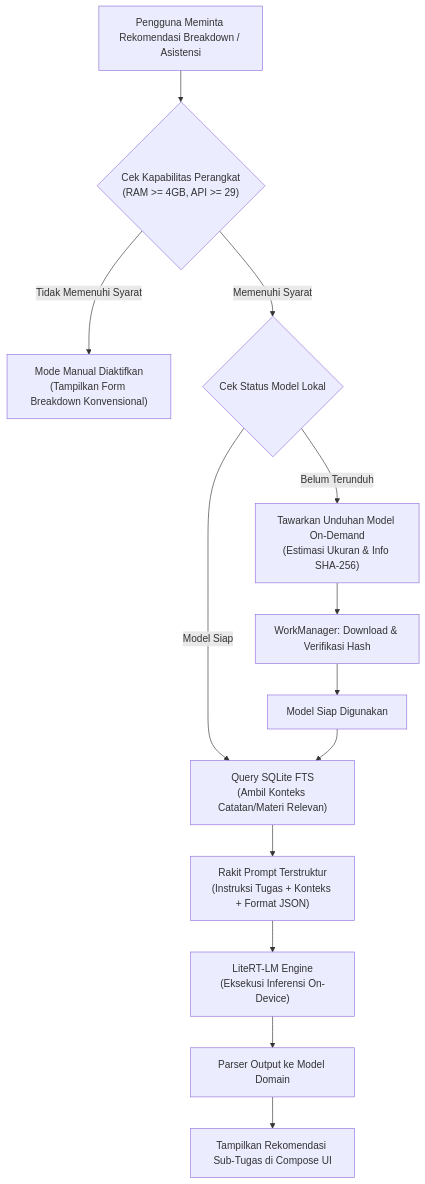
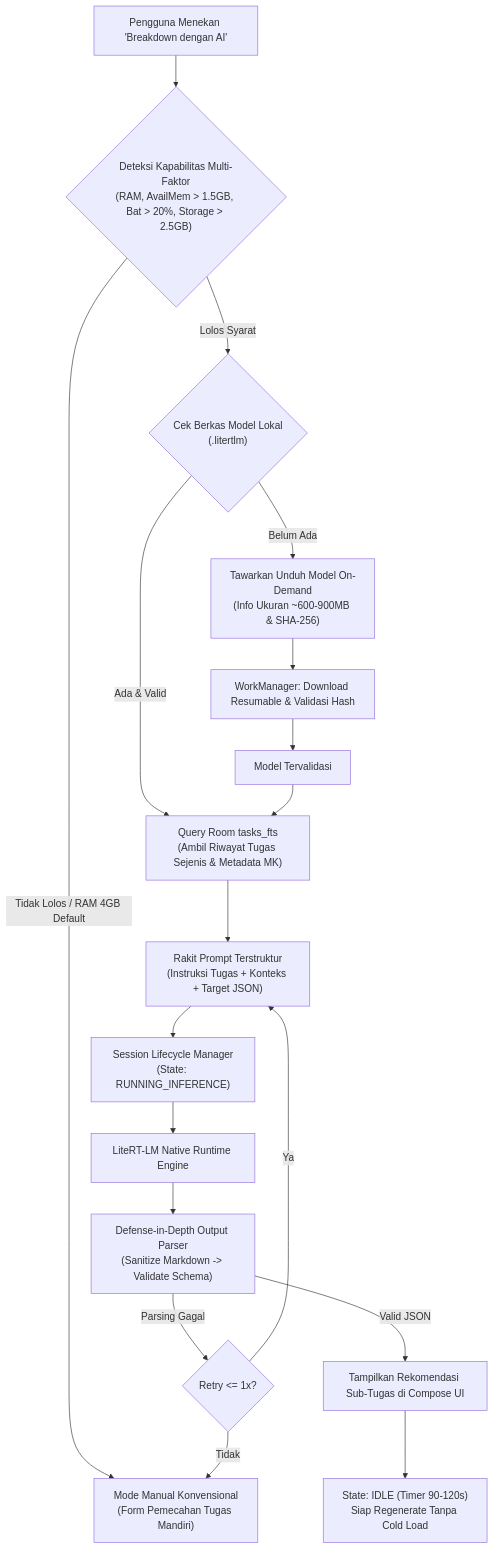
The first of 2 diagrams in docs/ai/LOCAL_AI_ARCHITECTURE.md (ahmadbadawiTzy/KerjaiAja), drawn with Mermaid before and after one commit. The commit also changed other lines of this file and 122 other files, not shown here.

Commit message:
docs: publish essential KerjaiAja project documentation and architecture baseline

````diff
--- a/docs/ai/LOCAL_AI_ARCHITECTURE.md
+++ b/docs/ai/LOCAL_AI_ARCHITECTURE.md
@@ -25,20 +33,27 @@
 ```mermaid
 flowchart TD
-    UserAction["Pengguna Meminta Rekomendasi Breakdown / Asistensi"] --> CapCheck{"Cek Kapabilitas Perangkat\n(RAM >= 4GB, API >= 29)"}
+    UserAction["Pengguna Menekan 'Breakdown dengan AI'"] --> MultiCapCheck{"Deteksi Kapabilitas Multi-Faktor\n(RAM, AvailMem > 1.5GB, Bat > 20%, Storage > 2.5GB)"}
     
-    CapCheck -- "Tidak Memenuhi Syarat" --> ManualMode["Mode Manual Diaktifkan\n(Tampilkan Form Breakdown Konvensional)"]
+    MultiCapCheck -- "Tidak Lolos / RAM 4GB Default" --> ManualFallback["Mode Manual Konvensional\n(Form Pemecahan Tugas Mandiri)"]
     
-    CapCheck -- "Memenuhi Syarat" --> ModelStatus{"Cek Status Model Lokal"}
+    MultiCapCheck -- "Lolos Syarat" --> ModelStatusCheck{"Cek Berkas Model Lokal\n(.litertlm)"}
     
-    ModelStatus -- "Belum Terunduh" --> PromptDownload["Tawarkan Unduhan Model On-Demand\n(Estimasi Ukuran & Info SHA-256)"]
-    PromptDownload --> Worker["WorkManager: Download & Verifikasi Hash"]
-    Worker --> ReadyState["Model Siap Digunakan"]
+    ModelStatusCheck -- "Belum Ada" --> PromptDownload["Tawarkan Unduh Model On-Demand\n(Info Ukuran ~600-900MB & SHA-256)"]
+    PromptDownload --> Worker["WorkManager: Download Resumable & Validasi Hash"]
+    Worker --> ReadyState["Model Tervalidasi"]
     
-    ModelStatus -- "Model Siap" --> RAGContext["Query SQLite FTS\n(Ambil Konteks Catatan/Materi Relevan)"]
-    ReadyState --> RAGContext
+    ModelStatusCheck -- "Ada & Valid" --> TaskRAG["Query Room tasks_fts\n(Ambil Riwayat Tugas Sejenis & Metadata MK)"]
+    ReadyState --> TaskRAG
     
-    RAGContext --> PromptAssembly["Rakit Prompt Terstruktur\n(Instruksi Tugas + Konteks + Format JSON)"]
-    PromptAssembly --> RuntimeEngine["LiteRT-LM Engine\n(Eksekusi Inferensi On-Device)"]
-    RuntimeEngine --> JSONParser["Parser Output ke Model Domain"]
-    JSONParser --> UIUpdate["Tampilkan Rekomendasi Sub-Tugas di Compose UI"]
+    TaskRAG --> PromptAssemble["Rakit Prompt Terstruktur\n(Instruksi Tugas + Konteks + Target JSON)"]
+    PromptAssemble --> SessionManager["Session Lifecycle Manager\n(State: RUNNING_INFERENCE)"]
+    SessionManager --> RuntimeExec["LiteRT-LM Native Runtime Engine"]
+    
+    RuntimeExec --> DefensePipeline["Defense-in-Depth Output Parser\n(Sanitize Markdown -> Validate Schema)"]
+    DefensePipeline -- "Valid JSON" --> UIUpdate["Tampilkan Rekomendasi Sub-Tugas di Compose UI"]
+    DefensePipeline -- "Parsing Gagal" --> BoundedRetry{"Retry <= 1x?"}
+    BoundedRetry -- "Ya" --> PromptAssemble
+    BoundedRetry -- "Tidak" --> ManualFallback
+    
+    UIUpdate --> IdleState["State: IDLE (Timer 90-120s)\nSiap Regenerate Tanpa Cold Load"]
 ```
````
